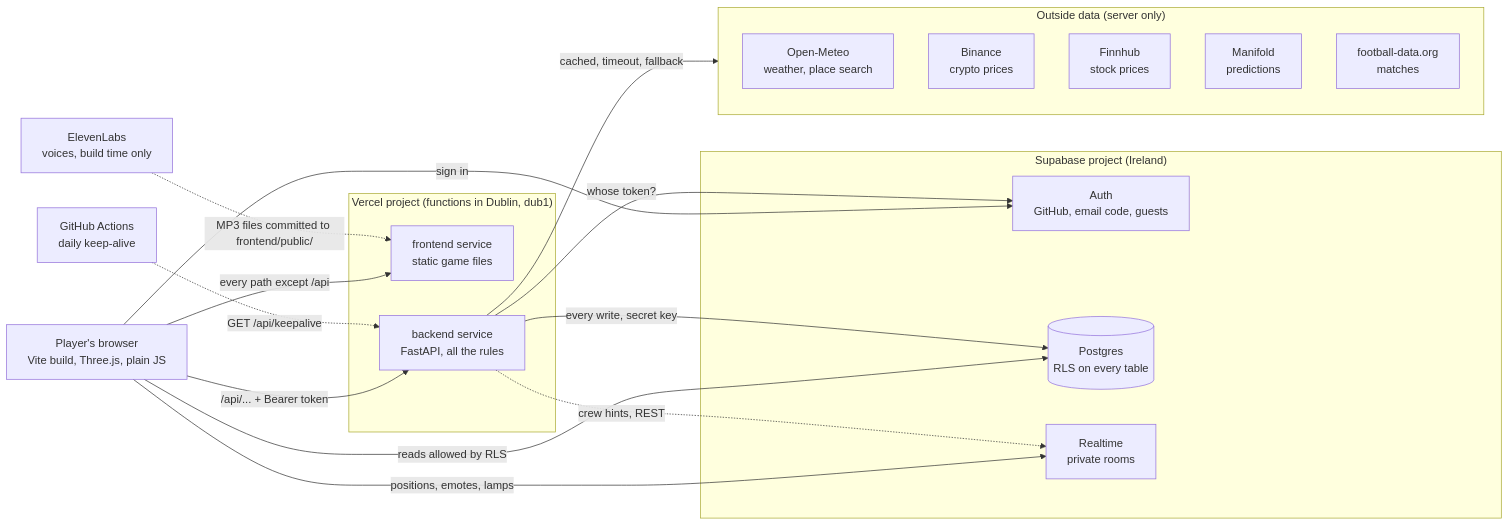
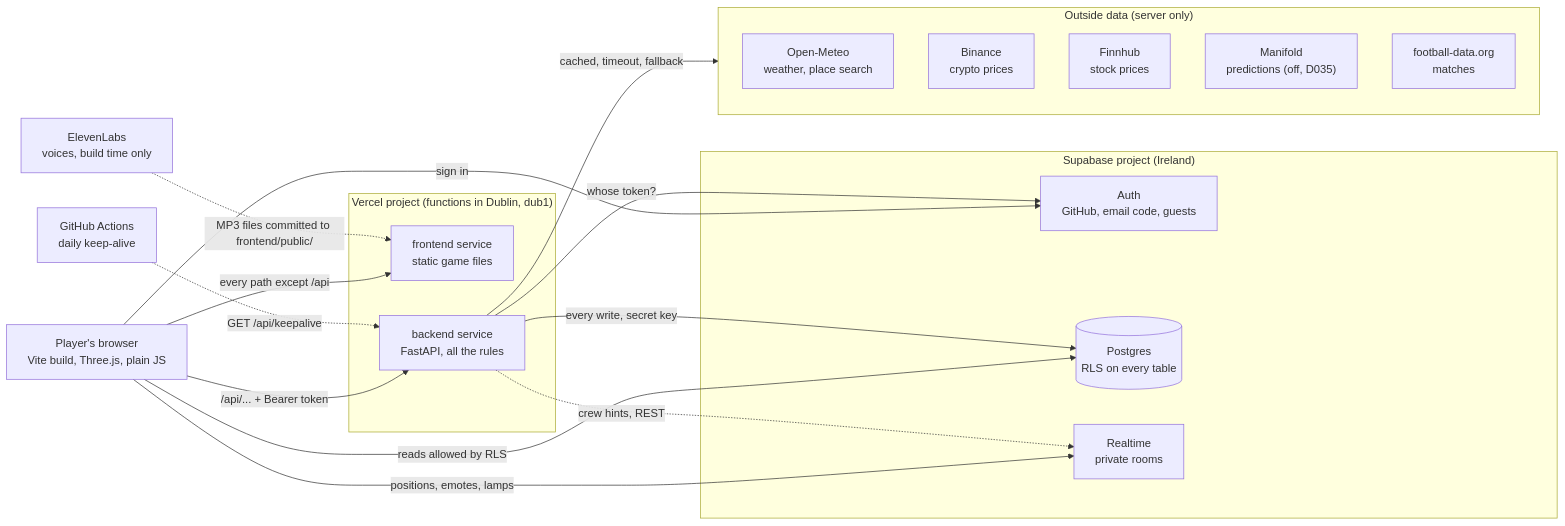
Before and after one commit to Nilsnova/The-Great-Plot-Twist: the diagram in docs/WALKTHROUGH.md, drawn with Mermaid. The commit also changed other lines of this file and 9 other files, not shown here.

````diff
--- a/docs/WALKTHROUGH.md
+++ b/docs/WALKTHROUGH.md
@@ -15,38 +15,38 @@
 ```mermaid
 flowchart LR
   browser["Player's browser<br/>Vite build, Three.js, plain JS"]
 
   subgraph vercel["Vercel project (functions in Dublin, dub1)"]
     static["frontend service<br/>static game files"]
     api["backend service<br/>FastAPI, all the rules"]
   end
 
   subgraph supabase["Supabase project (Ireland)"]
     auth["Auth<br/>GitHub, email code, guests"]
     db[("Postgres<br/>RLS on every table")]
     rt["Realtime<br/>private rooms"]
   end
 
   subgraph outside["Outside data (server only)"]
     meteo["Open-Meteo<br/>weather, place search"]
     binance["Binance<br/>crypto prices"]
     finnhub["Finnhub<br/>stock prices"]
-    manifold["Manifold<br/>predictions"]
+    manifold["Manifold<br/>predictions (off, D035)"]
     football["football-data.org<br/>matches"]
   end
 
   eleven["ElevenLabs<br/>voices, build time only"]
   gha["GitHub Actions<br/>daily keep-alive"]
 
   browser -->|"every path except /api"| static
   browser -->|"/api/... + Bearer token"| api
   browser -->|"sign in"| auth
   browser -->|"reads allowed by RLS"| db
   browser -->|"positions, emotes, lamps"| rt
   api -->|"whose token?"| auth
   api -->|"every write, secret key"| db
   api -.->|"crew hints, REST"| rt
   api -->|"cached, timeout, fallback"| outside
   gha -.->|"GET /api/keepalive"| api
   eleven -.->|"MP3 files committed to frontend/public/"| static
 ```
````
